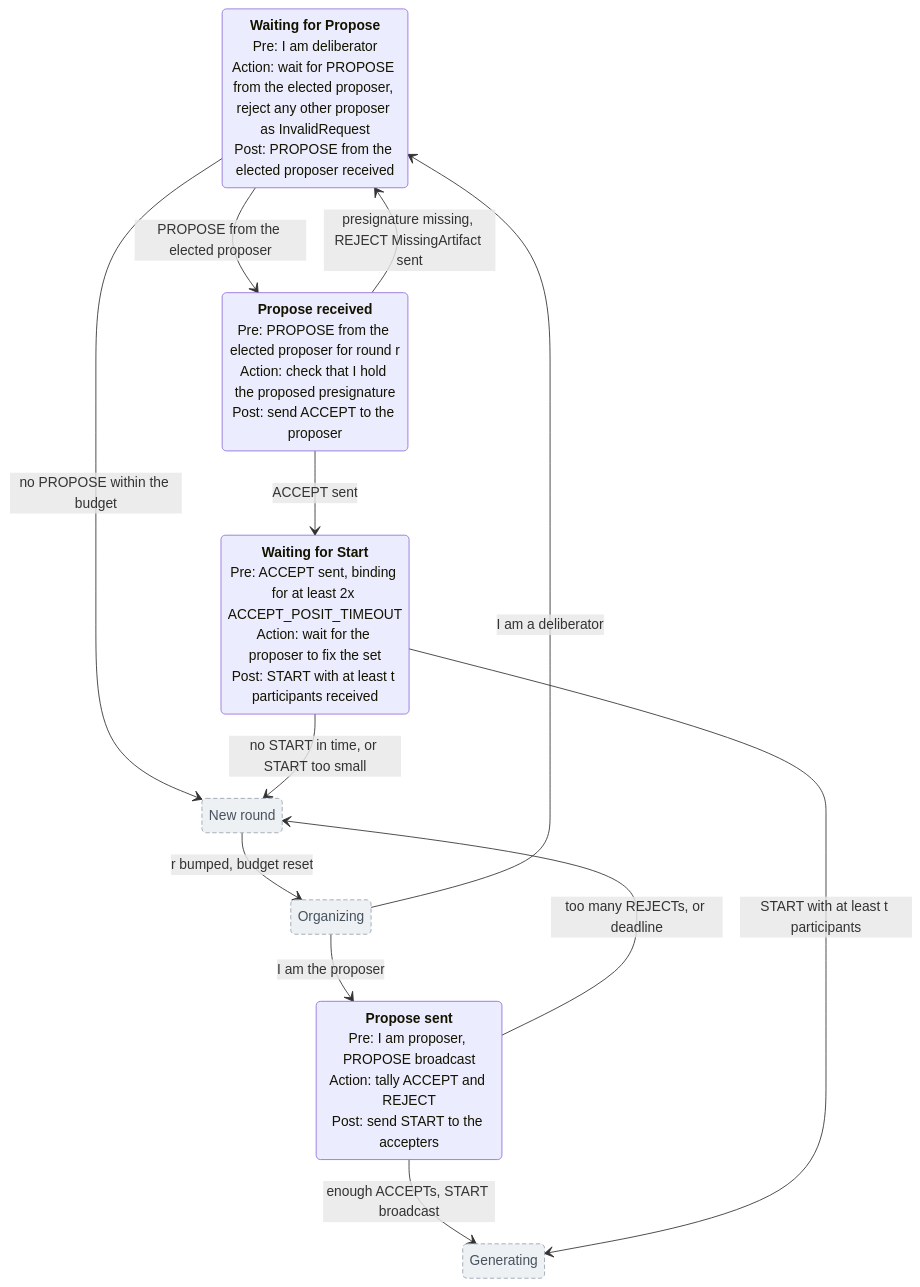
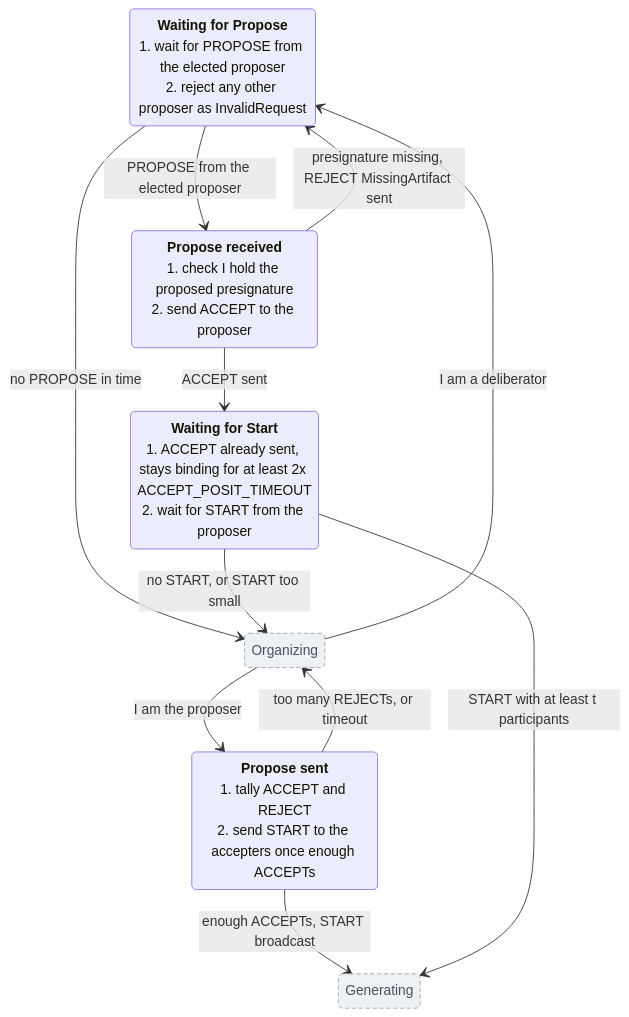
One commit to sig-net/mpc changed the third of 5 diagrams in doc/posit_state_machine.md. Above: the diagram before and after it, drawn with Mermaid. The commit also changed other lines of this file, not shown here.

First line of the commit message:
docs: number the posit state steps and drop budget wording

````diff
--- a/doc/posit_state_machine.md
+++ b/doc/posit_state_machine.md
@@ -84,28 +77,26 @@
 ```mermaid
 stateDiagram-v2
-    state "<b>Waiting for Propose</b><br/>Pre: I am deliberator<br/>Action: wait for PROPOSE from the elected proposer, reject any other proposer as InvalidRequest<br/>Post: PROPOSE from the elected proposer received" as WaitingForPropose
-    state "<b>Propose received</b><br/>Pre: PROPOSE from the elected proposer for round r<br/>Action: check that I hold the proposed presignature<br/>Post: send ACCEPT to the proposer" as ProposeReceived
-    state "<b>Waiting for Start</b><br/>Pre: ACCEPT sent, binding for at least 2x ACCEPT_POSIT_TIMEOUT<br/>Action: wait for the proposer to fix the set<br/>Post: START with at least t participants received" as WaitingForStart
-    state "<b>Propose sent</b><br/>Pre: I am proposer, PROPOSE broadcast<br/>Action: tally ACCEPT and REJECT<br/>Post: send START to the accepters" as ProposeSent
+    state "<b>Waiting for Propose</b><br/>1. wait for PROPOSE from the elected proposer<br/>2. reject any other proposer as InvalidRequest" as WaitingForPropose
+    state "<b>Propose received</b><br/>1. check I hold the proposed presignature<br/>2. send ACCEPT to the proposer" as ProposeReceived
+    state "<b>Waiting for Start</b><br/>1. ACCEPT already sent, stays binding for at least 2x ACCEPT_POSIT_TIMEOUT<br/>2. wait for START from the proposer" as WaitingForStart
+    state "<b>Propose sent</b><br/>1. tally ACCEPT and REJECT<br/>2. send START to the accepters once enough ACCEPTs" as ProposeSent
     state "Organizing" as OrgIn
     state "Generating" as GenOut
-    state "New round" as AbortOut
 
     OrgIn --> ProposeSent: I am the proposer
     OrgIn --> WaitingForPropose: I am a deliberator
 
     WaitingForPropose --> ProposeReceived: PROPOSE from the elected proposer
     ProposeReceived --> WaitingForStart: ACCEPT sent
     ProposeReceived --> WaitingForPropose: presignature missing, REJECT MissingArtifact sent
 
     ProposeSent --> GenOut: enough ACCEPTs, START broadcast
     WaitingForStart --> GenOut: START with at least t participants
 
-    ProposeSent --> AbortOut: too many REJECTs, or deadline
-    WaitingForPropose --> AbortOut: no PROPOSE within the budget
-    WaitingForStart --> AbortOut: no START in time, or START too small
-    AbortOut --> OrgIn: r bumped, budget reset
+    ProposeSent --> OrgIn: too many REJECTs, or timeout
+    WaitingForPropose --> OrgIn: no PROPOSE in time
+    WaitingForStart --> OrgIn: no START, or START too small
 
     classDef outside fill:#eef1f4,stroke:#9aa4b0,color:#48525e,stroke-dasharray:5 3
-    class OrgIn,GenOut,AbortOut outside
+    class OrgIn,GenOut outside
 ```
````
